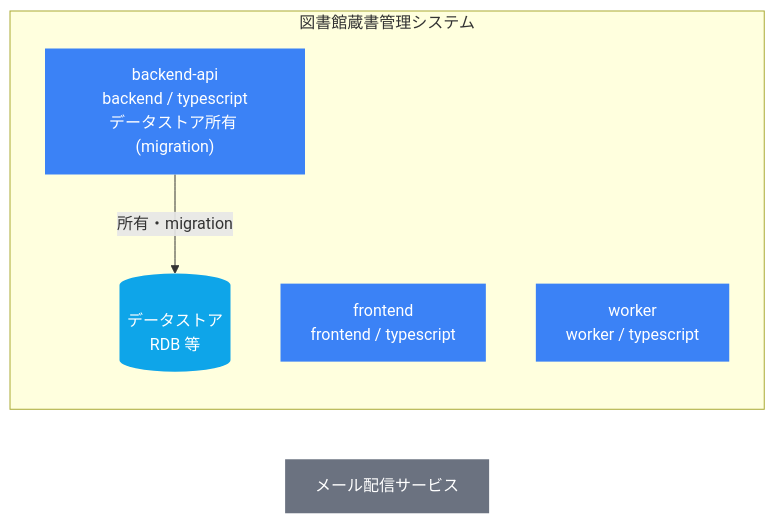
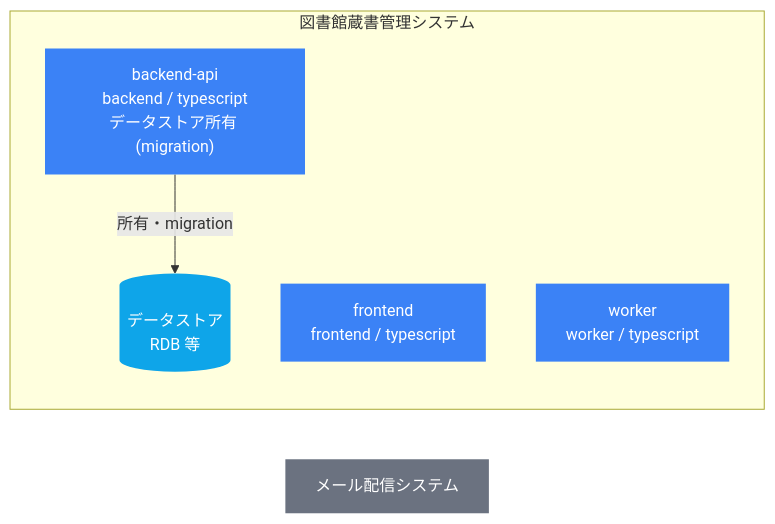
One commit to suwa-sh/suwa-sh-claude-plugins changed the second of 3 diagrams in samples/distillery2/library-loan/docs/adr/architecture.md. Above: the diagram before and after it, drawn with Mermaid. The commit also changed other lines of this file and 249 other files, not shown here.

````diff
--- a/samples/distillery2/library-loan/docs/adr/architecture.md
+++ b/samples/distillery2/library-loan/docs/adr/architecture.md
@@ -29,16 +29,16 @@
 ```mermaid
 graph LR
   subgraph sys["図書館蔵書管理システム"]
     backend_api["backend-api<br/>backend / typescript<br/>データストア所有 (migration)"]:::tier
     frontend["frontend<br/>frontend / typescript"]:::tier
     worker["worker<br/>worker / typescript"]:::tier
     datastore[("データストア<br/>RDB 等")]:::store
   end
-  ext_1["メール配信サービス"]:::external
+  ext_1["メール配信システム"]:::external
   backend_api -->|所有・migration| datastore
   classDef actor fill:#2563EB,color:#fff,stroke:none
   classDef system fill:#1E3A8A,color:#fff,stroke:none
   classDef tier fill:#3B82F6,color:#fff,stroke:none
   classDef store fill:#0EA5E9,color:#fff,stroke:none
   classDef external fill:#6B7280,color:#fff,stroke:none
 ```
````
